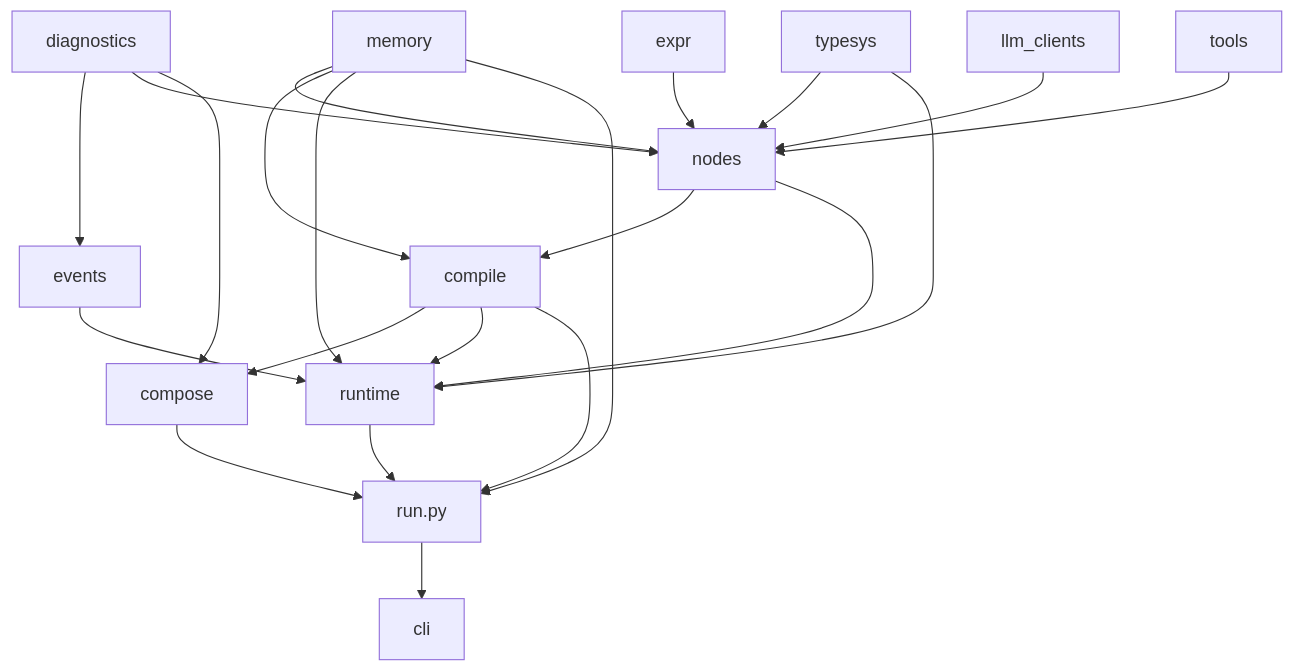
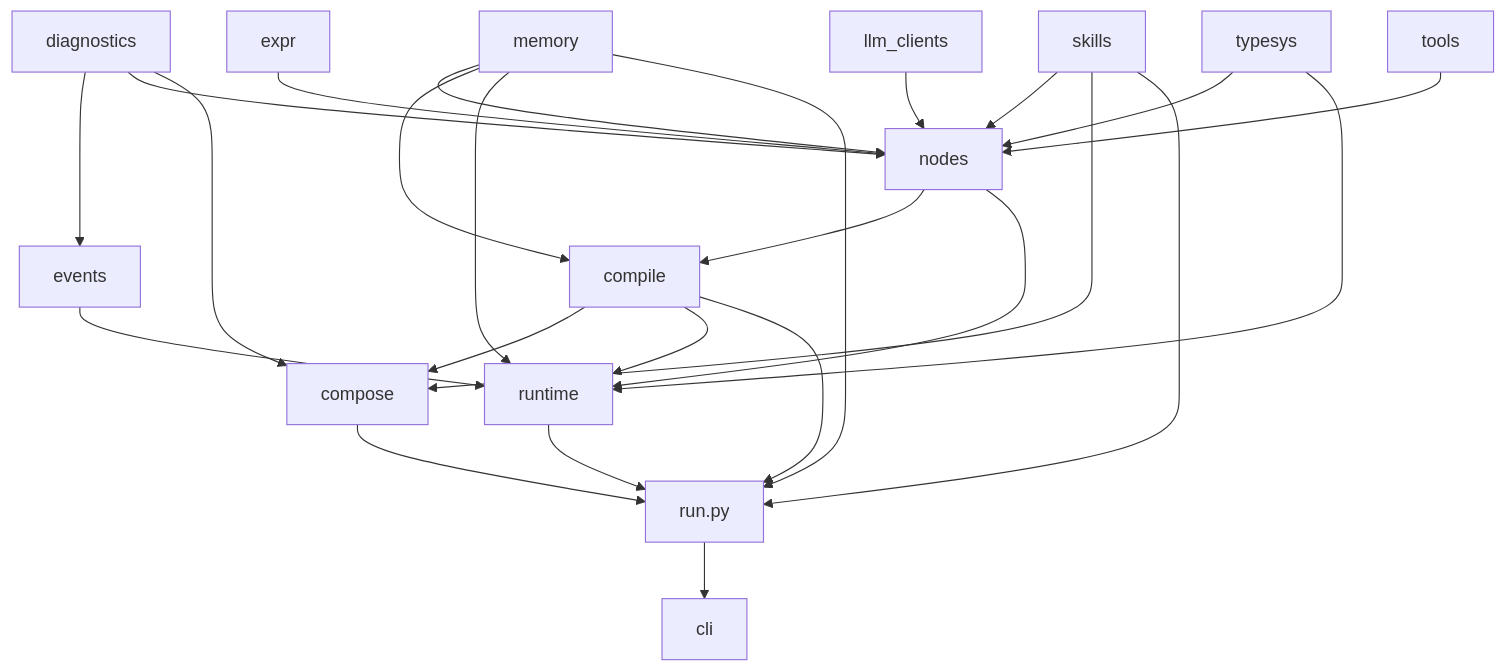
Before and after one commit to ngocbh/yian: the second of 2 diagrams in docs/architecture.md, drawn with Mermaid. The commit also changed 4 other files, not shown here.

````diff
--- a/docs/architecture.md
+++ b/docs/architecture.md
@@ -218,41 +218,45 @@
 ```mermaid
 flowchart TB
     diagnostics["diagnostics"]
     typesys["typesys"]
     expr["expr"]
     memory["memory"]
     events["events"]
     llm["llm_clients"]
     tools["tools"]
+    skills["skills"]
     nodes["nodes"]
     compile["compile"]
     compose["compose"]
     runtime["runtime"]
     run["run.py"]
     cli["cli"]
 
     diagnostics --> events
     diagnostics --> nodes
     typesys --> nodes
     expr --> nodes
     memory --> nodes
     llm --> nodes
     tools --> nodes
+    skills --> nodes
 
     nodes --> compile
     memory --> compile
     compile --> compose
     diagnostics --> compose
+    skills --> compose
 
     events --> runtime
     typesys --> runtime
     memory --> runtime
     nodes --> runtime
     compile --> runtime
 
     compose --> run
     compile --> run
     memory --> run
     runtime --> run
+    skills --> run
     run --> cli
 ```
````
